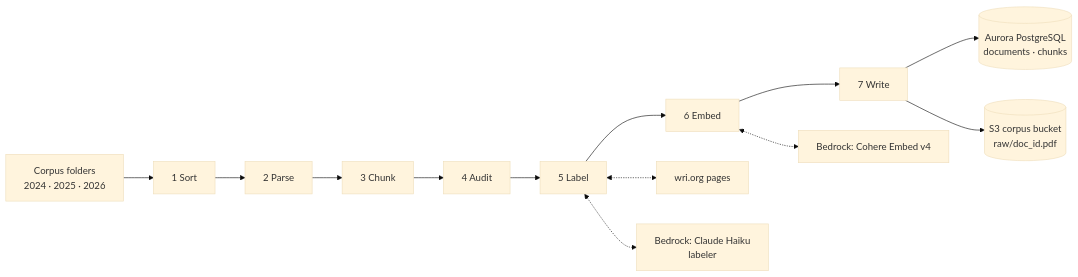
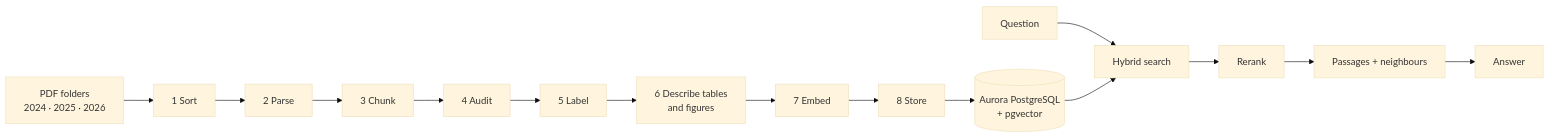
One commit to jayparmar16/DefinitelyNotAI changed the diagram in docs/ingestion-architecture.md. Above: the diagram before and after it, drawn with Mermaid (base theme). The commit also changed other lines of this file, not shown here.

Commit message:
Rewrite the architecture doc as one flow: ingestion steps, chunking, table, chart and map search, models, search

````diff
--- a/docs/ingestion-architecture.md
+++ b/docs/ingestion-architecture.md
@@ -12,15 +7,14 @@
 ```mermaid
 flowchart LR
-  A[Corpus folders<br/>2024 · 2025 · 2026] --> B[1 Sort]
+  A[PDF folders<br/>2024 · 2025 · 2026] --> B[1 Sort]
   B --> C[2 Parse]
   C --> D[3 Chunk]
   D --> E[4 Audit]
   E --> F[5 Label]
-  F --> G[6 Embed]
-  G --> H[7 Write]
-  H --> DB[(Aurora PostgreSQL<br/>documents · chunks)]
-  H --> S3[(S3 corpus bucket<br/>raw/doc_id.pdf)]
-  F <-.-> WRI[wri.org pages]
-  F <-.-> HAIKU[Bedrock: Claude Haiku<br/>labeler]
-  G <-.-> COHERE[Bedrock: Cohere Embed v4]
+  F --> G[6 Describe tables<br/>and figures]
+  G --> H[7 Embed]
+  H --> I[8 Store]
+  I --> DB[(Aurora PostgreSQL<br/>+ pgvector)]
+  Q[Question] --> S[Hybrid search] --> R[Rerank] --> P[Passages + neighbours] --> ANS[Answer]
+  DB --> S
 ```
````
